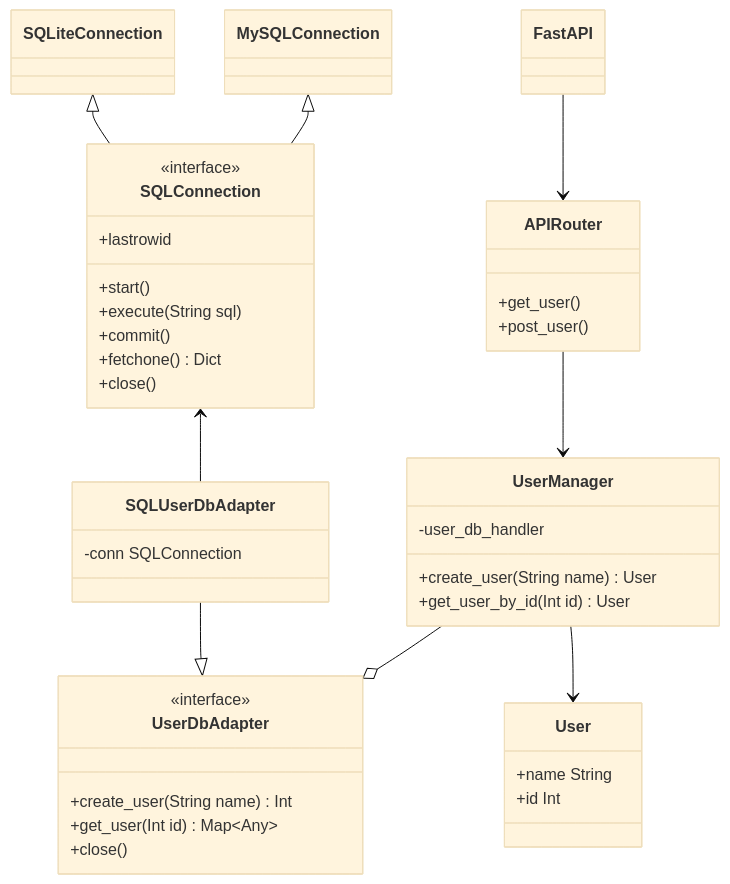
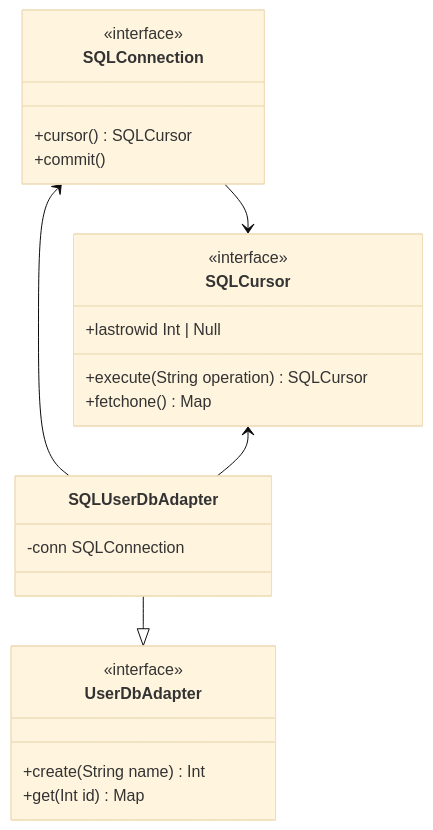
Before and after one commit to janheindejong/outhouse: the fourth of 4 diagrams in backend/README.md, drawn with Mermaid (base theme). The commit also changed other lines of this file and 14 other files, not shown here.

````diff
--- a/backend/README.md
+++ b/backend/README.md
@@ -17,48 +59,30 @@
 ```mermaid 
 classDiagram 
-class User {
-    +name String
-    +id Int
+class SQLConnection {
+    <<interface>>
+    +cursor() SQLCursor
+    +commit()
 }
 
-class UserManager {
-    -user_db_handler
-    +create_user(String name) User
-    +get_user_by_id(Int id) User
+class SQLCursor {
+    <<interface>>
+    +lastrowid Int | Null
+    +execute(String operation) SQLCursor
+    +fetchone() Map
 }
 
 class UserDbAdapter {
     <<interface>>
-    +create_user(String name) Int
-    +get_user(Int id) Map~Any~
-    +close()
+    +create(String name) Int
+    +get(Int id) Map
 }
 
 class SQLUserDbAdapter {
     -conn SQLConnection
 }
 
-class APIRouter {
-    +get_user()
-    +post_user()
-}
-
-class SQLConnection {
-    <<interface>>
-    +lastrowid
-    +start()
-    +execute(String sql)
-    +commit()
-    +fetchone() Dict
-    +close()
-}
-
-UserManager --> User 
 SQLUserDbAdapter --|> UserDbAdapter
-UserManager --o UserDbAdapter
-APIRouter --> UserManager
 SQLConnection <-- SQLUserDbAdapter
-SQLiteConnection <|-- SQLConnection
-MySQLConnection <|-- SQLConnection
-FastAPI --> APIRouter
+SQLCursor <-- SQLUserDbAdapter
+SQLConnection --> SQLCursor
 ```
````
